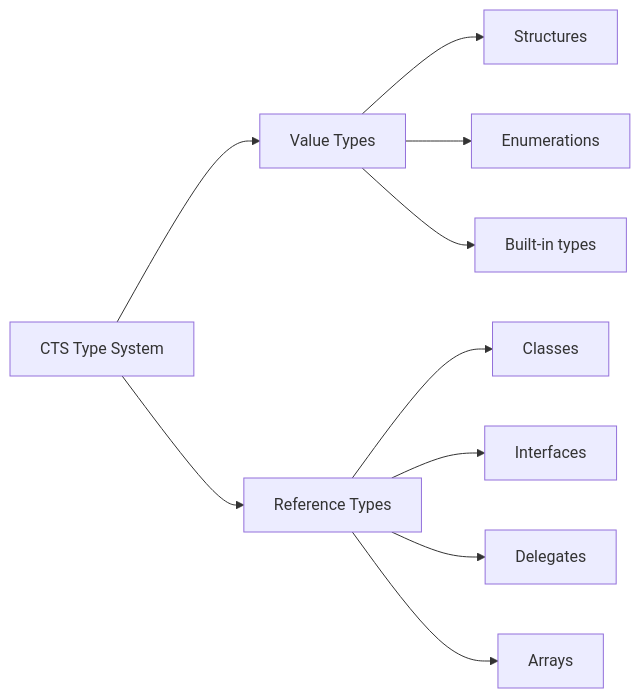
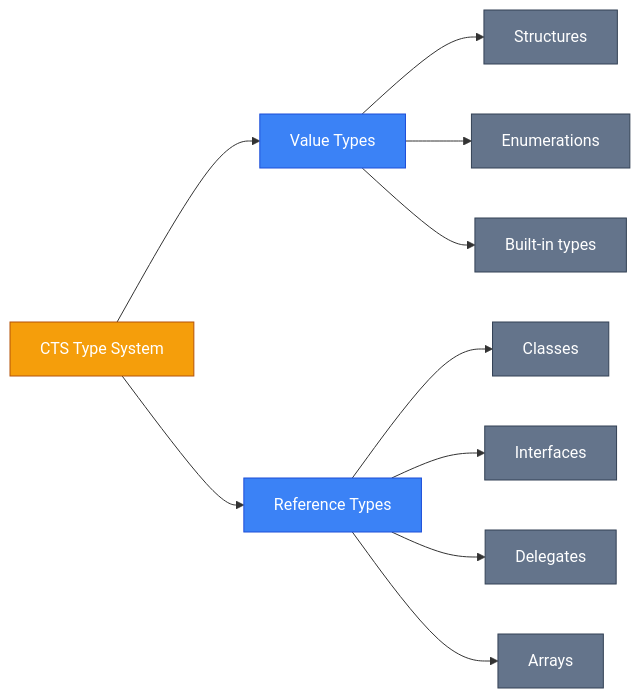
Before and after one commit to arakviel/kostyl.dev: the fourth of 4 diagrams in content/1.csharp/1.fundamentals/1.introduction-to-ecosystem.md, drawn with Mermaid. The commit also changed other lines of this file and 30 other files, not shown here.

````diff
--- a/content/1.csharp/1.fundamentals/1.introduction-to-ecosystem.md
+++ b/content/1.csharp/1.fundamentals/1.introduction-to-ecosystem.md
@@ -363,13 +375,24 @@
 ```mermaid
 graph LR
 
     A["CTS Type System"] --> B["Value Types"]
     A --> C["Reference Types"]
     B --> D["Structures"]
     B --> E["Enumerations"]
     B --> F["Built-in types"]
     C --> G["Classes"]
     C --> H["Interfaces"]
     C --> I["Delegates"]
     C --> J["Arrays"]
+
+    style A fill:#f59e0b,stroke:#b45309,color:#ffffff
+    style B fill:#3b82f6,stroke:#1d4ed8,color:#ffffff
+    style C fill:#3b82f6,stroke:#1d4ed8,color:#ffffff
+    style D fill:#64748b,stroke:#334155,color:#ffffff
+    style E fill:#64748b,stroke:#334155,color:#ffffff
+    style F fill:#64748b,stroke:#334155,color:#ffffff
+    style G fill:#64748b,stroke:#334155,color:#ffffff
+    style H fill:#64748b,stroke:#334155,color:#ffffff
+    style I fill:#64748b,stroke:#334155,color:#ffffff
+    style J fill:#64748b,stroke:#334155,color:#ffffff
 ```
````
